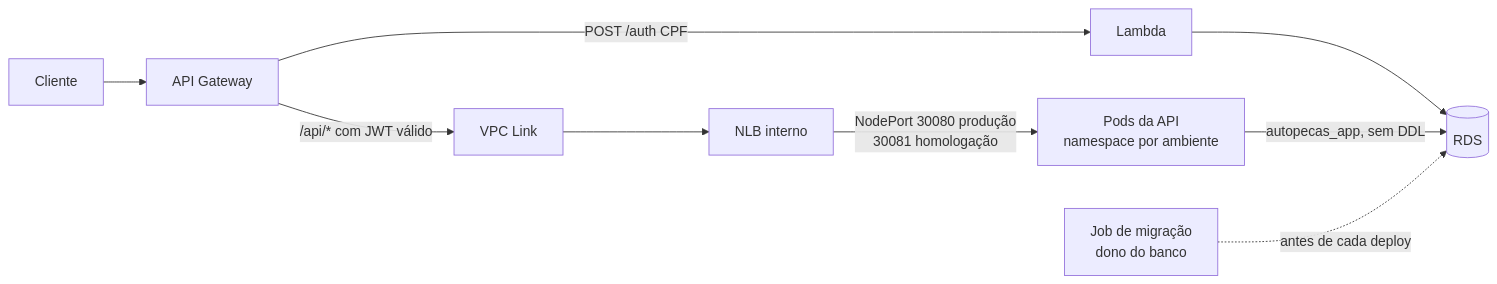
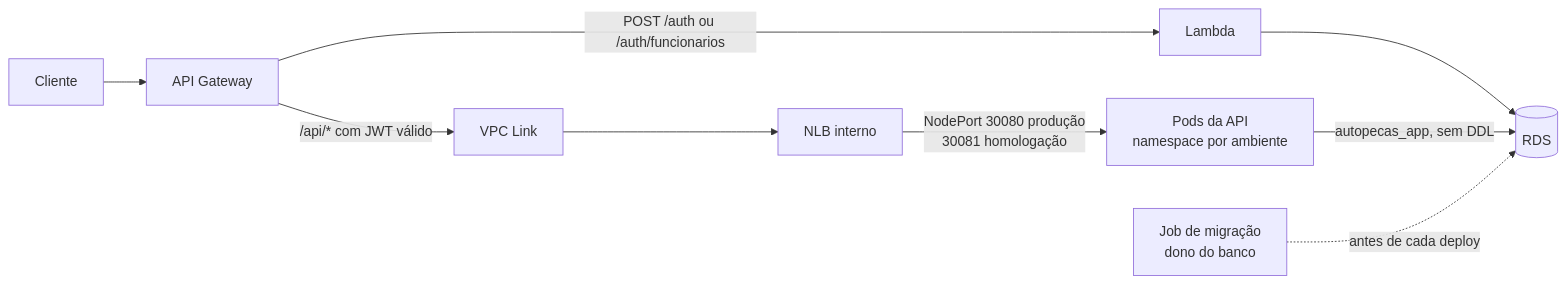
Before and after one commit to 16soat-fiap/16SOAT-TechChallenge1: the first of 2 diagrams in README.md, drawn with Mermaid. The commit also changed other lines of this file, not shown here.

````diff
--- a/README.md
+++ b/README.md
@@ -483,9 +501,9 @@
 ```mermaid
 flowchart LR
   C[Cliente] --> G[API Gateway]
-  G -->|POST /auth CPF| L[Lambda] --> DB[(RDS)]
+  G -->|POST /auth ou /auth/funcionarios| L[Lambda] --> DB[(RDS)]
   G -->|/api/* com JWT válido| VL[VPC Link] --> NLB[NLB interno]
   NLB -->|NodePort 30080 produção<br/>30081 homologação| P[Pods da API<br/>namespace por ambiente]
   P -->|autopecas_app, sem DDL| DB
   J[Job de migração<br/>dono do banco] -.antes de cada deploy.-> DB
 ```
````
